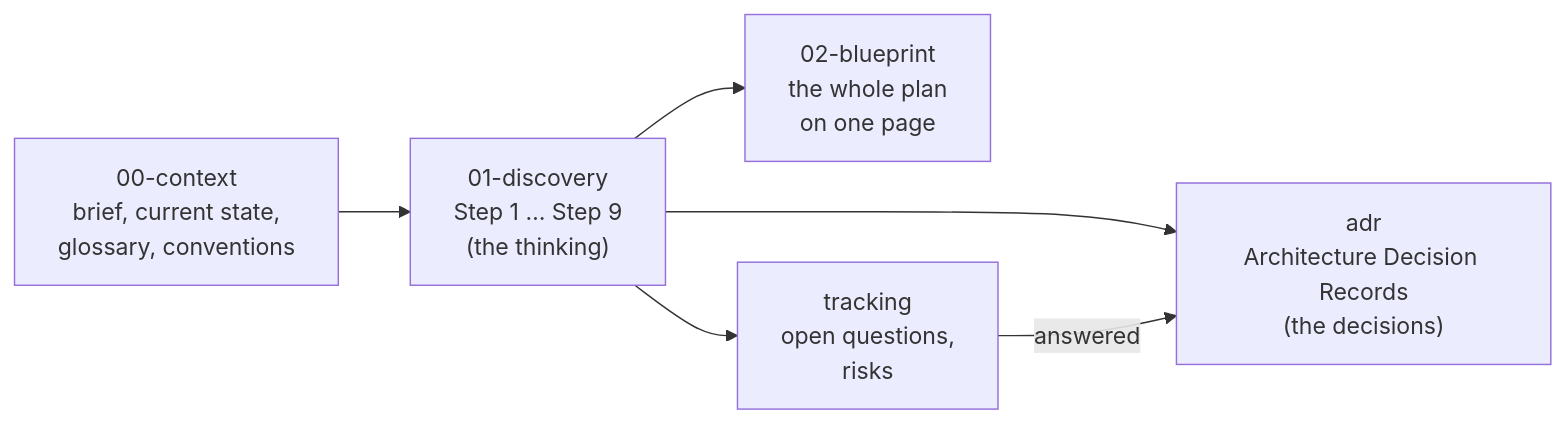
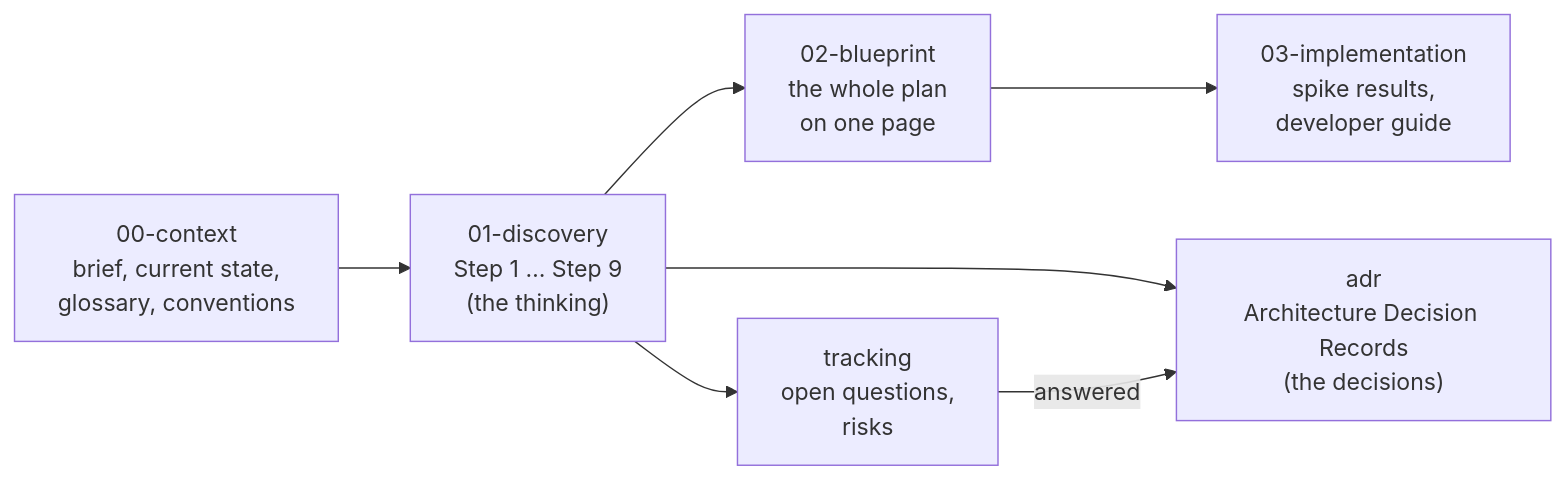
Before and after one commit to adityayadav30561-rgb/MASTER-ERP: the diagram in README.md, drawn with Mermaid. The commit also changed other lines of this file and 22 other files, not shown here.

First line of the commit message:
docs: Phase 1 spike results, developer guide, ADR-0068 (CEL library, proposed)

````diff
--- a/README.md
+++ b/README.md
@@ -26,8 +29,9 @@
 ```mermaid
 flowchart LR
     A["00-context<br/>brief, current state,<br/>glossary, conventions"] --> B["01-discovery<br/>Step 1 … Step 9<br/>(the thinking)"]
     B --> E["02-blueprint<br/>the whole plan<br/>on one page"]
+    E --> F["03-implementation<br/>spike results,<br/>developer guide"]
     B --> C["adr<br/>Architecture Decision Records<br/>(the decisions)"]
     B --> D["tracking<br/>open questions,<br/>risks"]
     D -->|answered| C
 ```
````
